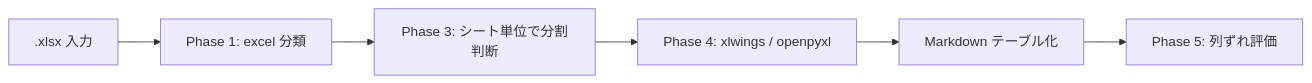
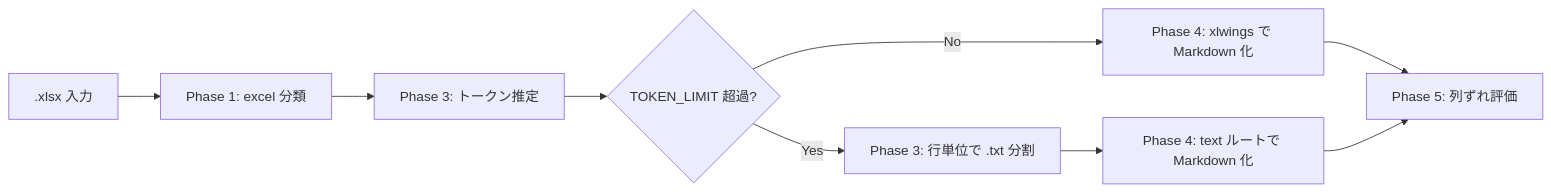
The diagram in docs/拡張子別/xlsx.md (tudoumono/FileTrimming), drawn with Mermaid before and after one commit. The commit also changed other lines of this file and 7 other files, not shown here.

````diff
--- a/docs/拡張子別/xlsx.md
+++ b/docs/拡張子別/xlsx.md
@@ -21,8 +23,11 @@
 ```mermaid
 flowchart LR
     A[".xlsx 入力"] --> B["Phase 1: excel 分類"]
-    B --> C["Phase 3: シート単位で分割判断"]
-    C --> D["Phase 4: xlwings / openpyxl"]
-    D --> E["Markdown テーブル化"]
-    E --> F["Phase 5: 列ずれ評価"]
+    B --> C["Phase 3: トークン推定"]
+    C --> D{"TOKEN_LIMIT 超過?"}
+    D -->|No| E["Phase 4: xlwings で Markdown 化"]
+    D -->|Yes| F["Phase 3: 行単位で .txt 分割"]
+    F --> G["Phase 4: text ルートで Markdown 化"]
+    E --> H["Phase 5: 列ずれ評価"]
+    G --> H
 ```
````
